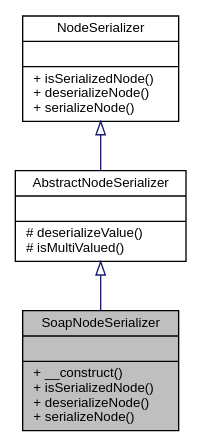
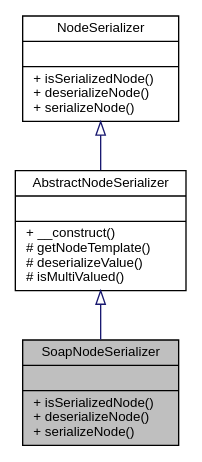
One commit to eherwig/wcmf changed the diagram in classwcmf_1_1lib_1_1model_1_1impl_1_1_soap_node_serializer__inherit__graph.dot. Above: the diagram before and after it, drawn with Graphviz. The commit also changed 1132 other files, not shown here.

```diff
--- a/classwcmf_1_1lib_1_1model_1_1impl_1_1_soap_node_serializer__inherit__graph.dot
+++ b/classwcmf_1_1lib_1_1model_1_1impl_1_1_soap_node_serializer__inherit__graph.dot
@@ -1,10 +1,10 @@
 digraph "SoapNodeSerializer"
 {
   edge [fontname="Helvetica",fontsize="10",labelfontname="Helvetica",labelfontsize="10"];
   node [fontname="Helvetica",fontsize="10",shape=record];
-  Node0 [label="{SoapNodeSerializer\n||+ __construct()\l+ isSerializedNode()\l+ deserializeNode()\l+ serializeNode()\l}",height=0.2,width=0.4,color="black", fillcolor="grey75", style="filled", fontcolor="black"];
+  Node0 [label="{SoapNodeSerializer\n||+ isSerializedNode()\l+ deserializeNode()\l+ serializeNode()\l}",height=0.2,width=0.4,color="black", fillcolor="grey75", style="filled", fontcolor="black"];
   Node1 -> Node0 [dir="back",color="midnightblue",fontsize="10",style="solid",arrowtail="onormal",fontname="Helvetica"];
-  Node1 [label="{AbstractNodeSerializer\n||# deserializeValue()\l# isMultiValued()\l}",height=0.2,width=0.4,color="black", fillcolor="white", style="filled",URL="$classwcmf_1_1lib_1_1model_1_1impl_1_1_abstract_node_serializer.html",tooltip="NodeSerializerBase is a base class for NodeSerialize implementations. "];
+  Node1 [label="{AbstractNodeSerializer\n||+ __construct()\l# getNodeTemplate()\l# deserializeValue()\l# isMultiValued()\l}",height=0.2,width=0.4,color="black", fillcolor="white", style="filled",URL="$classwcmf_1_1lib_1_1model_1_1impl_1_1_abstract_node_serializer.html",tooltip="NodeSerializerBase is a base class for NodeSerialize implementations. "];
   Node2 -> Node1 [dir="back",color="midnightblue",fontsize="10",style="solid",arrowtail="onormal",fontname="Helvetica"];
   Node2 [label="{NodeSerializer\n||+ isSerializedNode()\l+ deserializeNode()\l+ serializeNode()\l}",height=0.2,width=0.4,color="black", fillcolor="white", style="filled",URL="$interfacewcmf_1_1lib_1_1model_1_1_node_serializer.html",tooltip="NodeSerializer implementations are used to serialize Nodes into an array representation or deserializ..."];
 }
```
